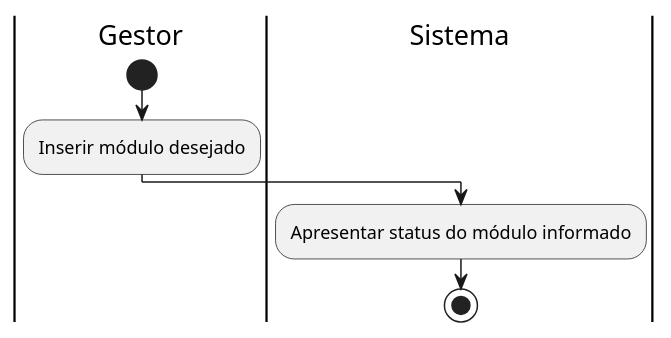
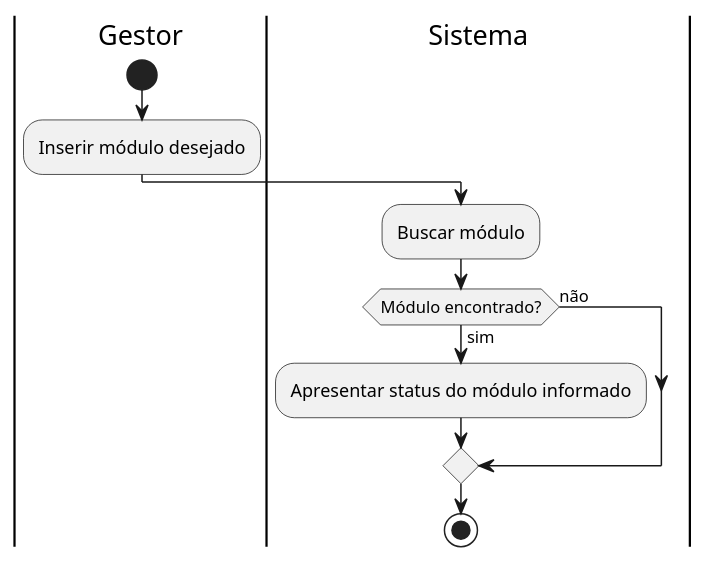
One commit to araujofs/sst changed the diagram in specs/diagrams/classes/metodos/gestor/visualizar_status_modulo.puml. Above: the diagram before and after it, drawn with PlantUML. The commit also changed 9 other files, not shown here.

```diff
--- a/specs/diagrams/classes/metodos/gestor/visualizar_status_modulo.puml
+++ b/specs/diagrams/classes/metodos/gestor/visualizar_status_modulo.puml
@@ -1,10 +1,15 @@
 @startuml visualizar status do modulo
 |Gestor|
 start
 :Inserir módulo desejado;
 
 |Sistema|
-:Apresentar status do módulo informado;
+:Buscar módulo;
+
+if (Módulo encontrado?) then (sim)
+  :Apresentar status do módulo informado;
+else (não)
+endif
 
 stop
 @enduml
```
